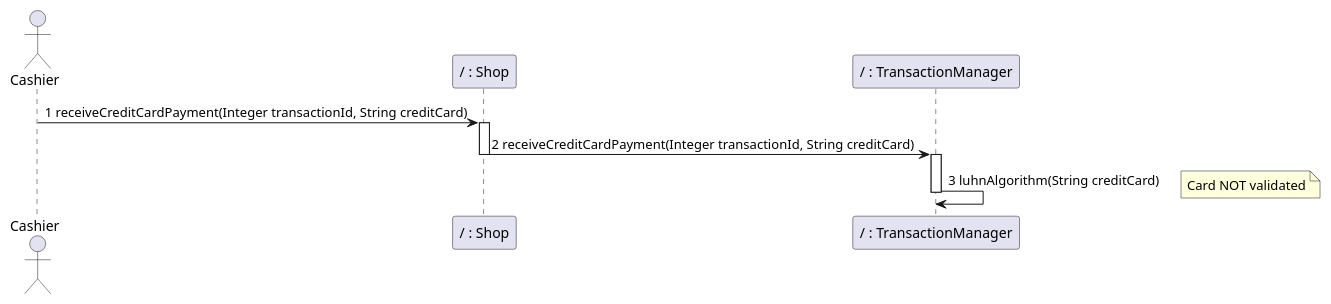
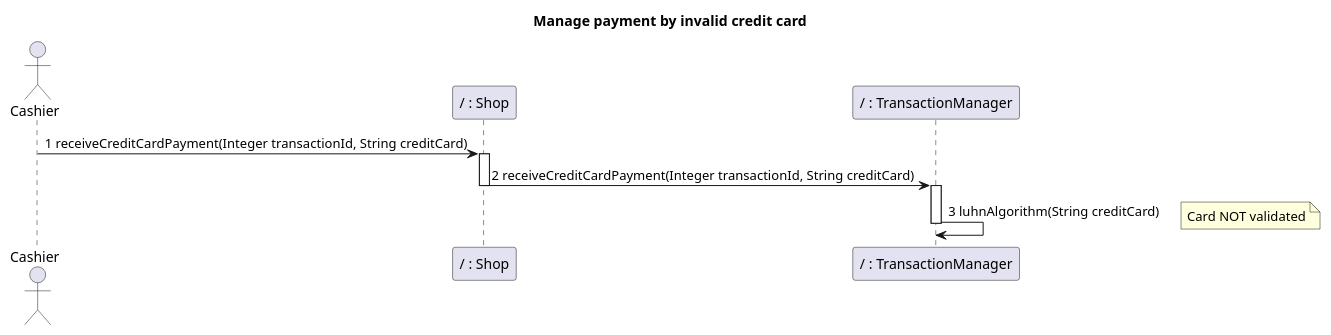
Before and after one commit to nicolabattaglino/ezshop: diagram 25 of 32 in Deliverables/DesignDocument.md, drawn with PlantUML. The commit also changed other lines of this file, not shown here.

````diff
--- a/Deliverables/DesignDocument.md
+++ b/Deliverables/DesignDocument.md
@@ -1277,15 +1282,21 @@
 ```plantuml
 @startuml
+
+title
+Manage payment by invalid credit card
+end title
+
+
 actor Cashier
 participant "/ : Shop" as Shop
 participant "/ : TransactionManager" as TransactionManager
 Cashier -> Shop:1 receiveCreditCardPayment(Integer transactionId, String creditCard)
 activate Shop
 Shop -> TransactionManager:2 receiveCreditCardPayment(Integer transactionId, String creditCard)
 deactivate Shop
 activate TransactionManager
 TransactionManager -> TransactionManager:3 luhnAlgorithm(String creditCard)
 note right: Card NOT validated
 deactivate TransactionManager
 @enduml
 ```
````
